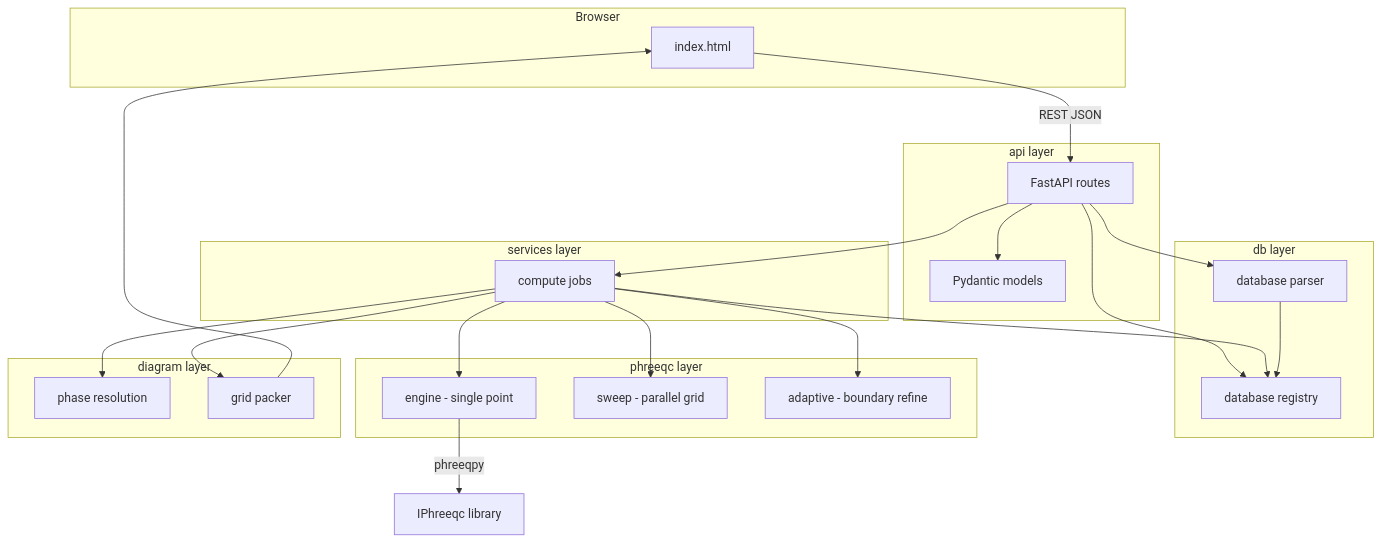
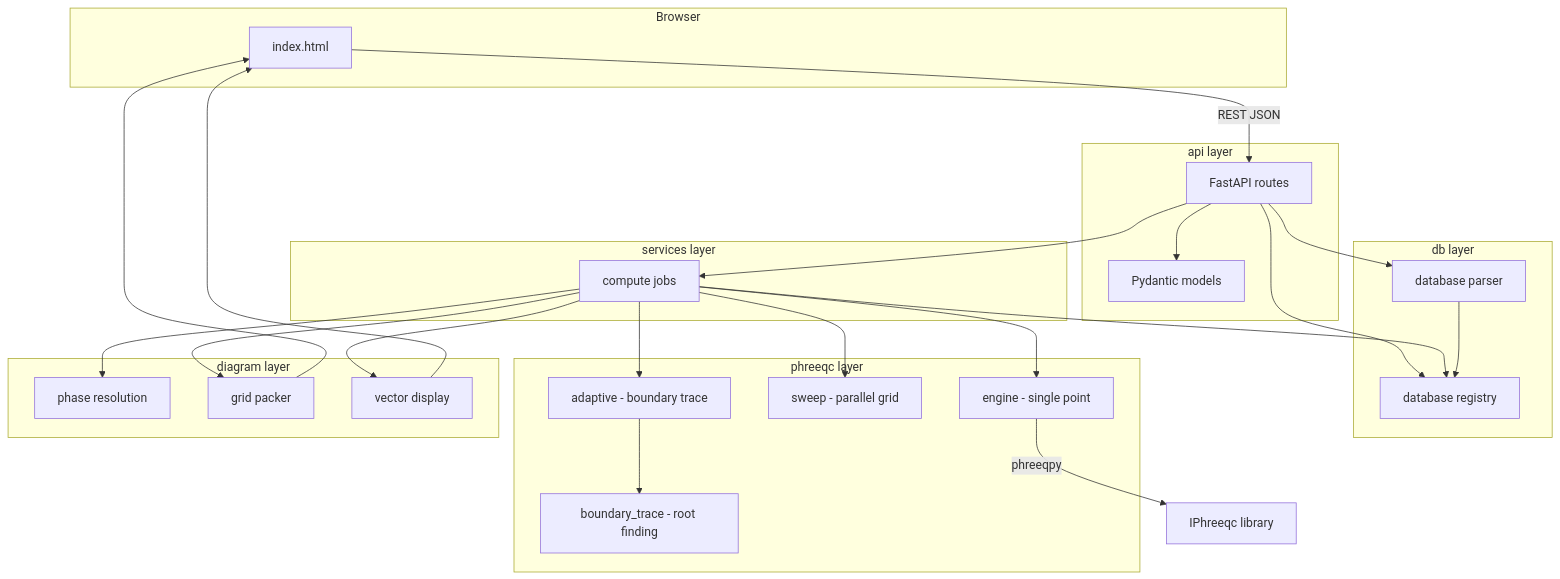
The first of 2 diagrams in README.md (Matteo-Loche/Phaser), drawn with Mermaid before and after one commit. The commit also changed other lines of this file and 10 other files, not shown here.

````diff
--- a/README.md
+++ b/README.md
@@ -86,46 +84,51 @@
 ```mermaid
 flowchart TB
     subgraph client [Browser]
         UI[index.html]
     end
 
     subgraph api [api layer]
         Routes[FastAPI routes]
         Models[Pydantic models]
     end
 
     subgraph services [services layer]
         Compute[compute jobs]
     end
 
     subgraph db_layer [db layer]
         Registry[database registry]
         Parser[database parser]
     end
 
     subgraph solver [phreeqc layer]
         Engine["engine - single point"]
         Sweep["sweep - parallel grid"]
-        Adaptive["adaptive - boundary refine"]
+        Adaptive["adaptive - boundary trace"]
+        Trace["boundary_trace - root finding"]
     end
 
     subgraph diagram_layer [diagram layer]
         Phases[phase resolution]
         Packer[grid packer]
+        Vectors[vector display]
     end
 
     UI -->|REST JSON| Routes
     Routes --> Models
     Routes --> Compute
     Routes --> Registry
     Routes --> Parser
     Compute --> Registry
     Compute --> Phases
     Compute --> Engine
     Compute --> Sweep
     Compute --> Adaptive
+    Adaptive --> Trace
     Compute --> Packer
+    Compute --> Vectors
     Parser --> Registry
     Engine -->|phreeqpy| IPhreeqc[IPhreeqc library]
     Packer --> UI
+    Vectors --> UI
 ```
````
